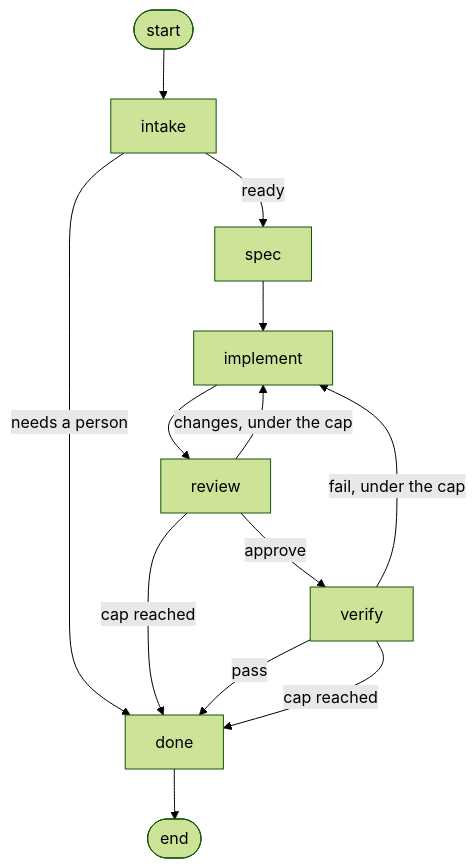
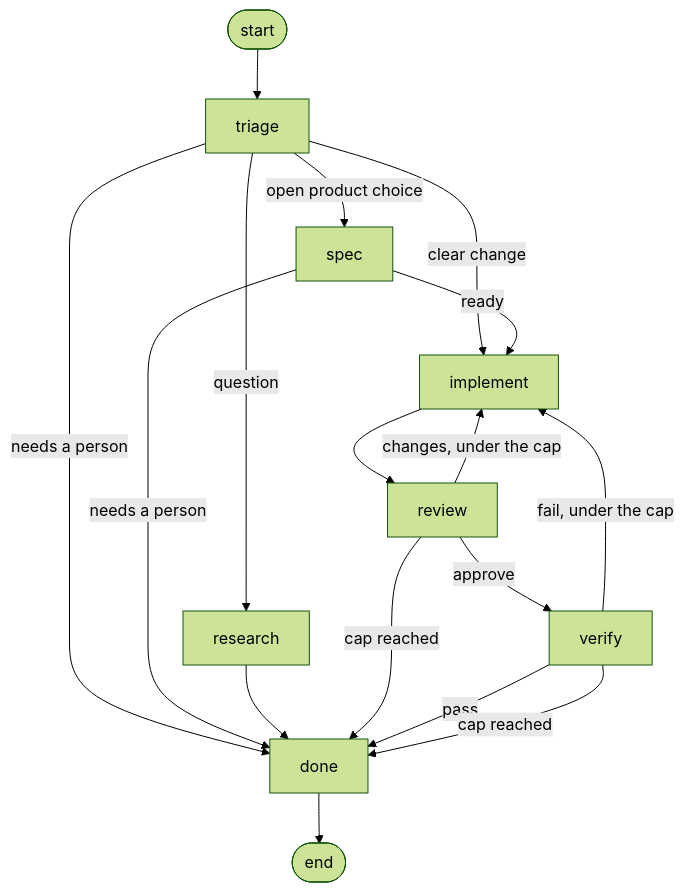
The diagram in README.md (bookout-labs/tools), drawn with Mermaid (forest theme) before and after one commit. The commit also changed other lines of this file and 26 other files, not shown here.

First line of the commit message:
Route delivery through triage, spec, and scored review.

````diff
--- a/README.md
+++ b/README.md
@@ -9,15 +9,19 @@
 ```mermaid
 flowchart TD
-  __start__([start]) --> intake
-  intake -->|ready| spec
-  intake -->|needs a person| done
-  spec --> implement
+  __start__([start]) --> triage
+  triage -->|clear change| implement
+  triage -->|open product choice| spec
+  triage -->|question| research
+  triage -->|needs a person| done
+  spec -->|ready| implement
+  spec -->|needs a person| done
+  research --> done
   implement --> review
   review -->|approve| verify
   review -->|changes, under the cap| implement
   review -->|cap reached| done
   verify -->|pass| done
   verify -->|fail, under the cap| implement
   verify -->|cap reached| done
   done --> __end__([end])
 ```
````
